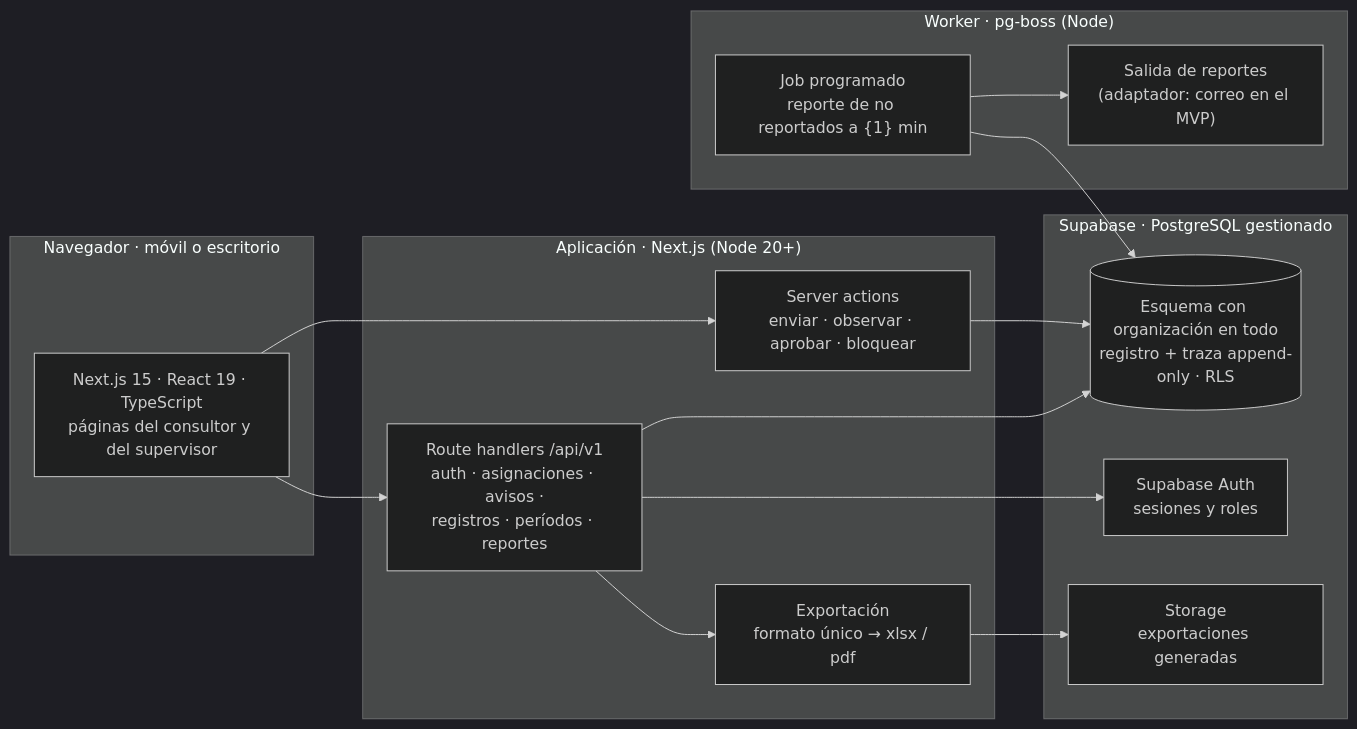
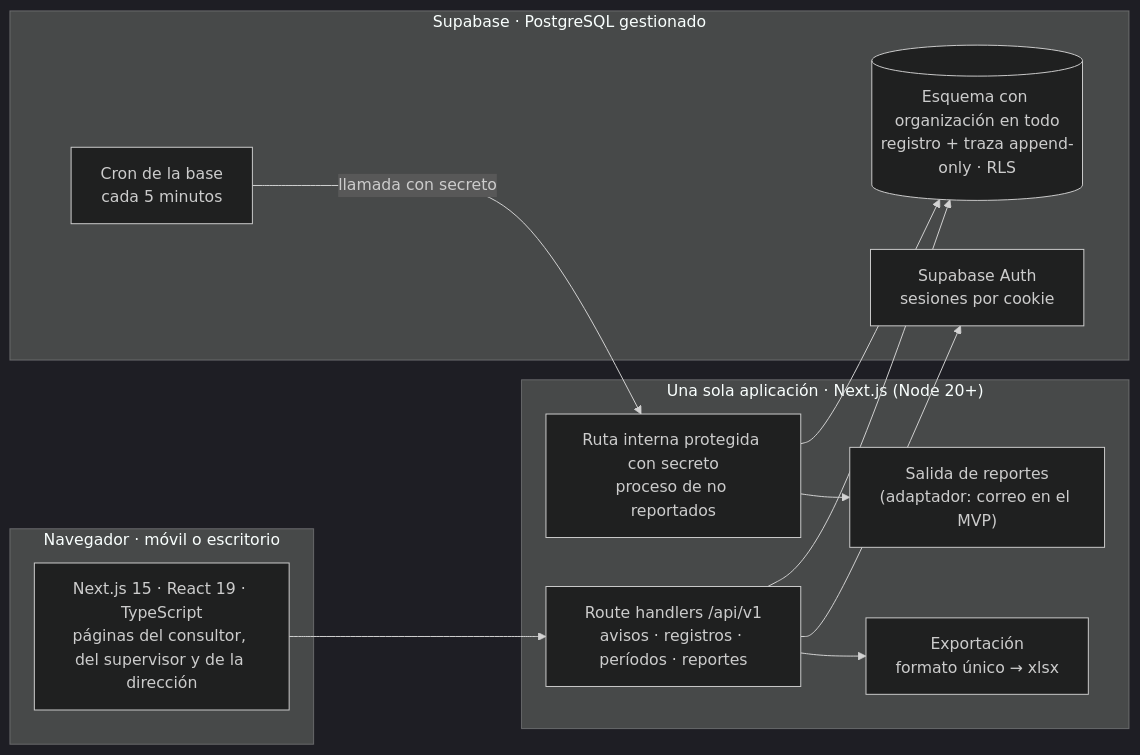
Before and after one commit to LIDR-academy-temp/AI4Devs-finalproject: the first of 3 diagrams in readme.md, drawn with Mermaid (dark theme). The commit also changed other lines of this file, not shown here.

````diff
--- a/readme.md
+++ b/readme.md
@@ -121,33 +140,27 @@
 ```mermaid
 flowchart LR
   subgraph Cliente["Navegador · móvil o escritorio"]
-    UI["Next.js 15 · React 19 · TypeScript<br/>páginas del consultor y del supervisor"]
+    UI["Next.js 15 · React 19 · TypeScript<br/>páginas del consultor, del supervisor y de la dirección"]
   end
 
-  subgraph App["Aplicación · Next.js (Node 20+)"]
-    API["Route handlers /api/v1<br/>auth · asignaciones · avisos ·<br/>registros · períodos · reportes"]
-    SA["Server actions<br/>enviar · observar · aprobar · bloquear"]
-    EXPORT["Exportación<br/>formato único → xlsx / pdf"]
-  end
-
-  subgraph Worker["Worker · pg-boss (Node)"]
-    JOBS["Job programado<br/>reporte de no reportados a {1} min"]
+  subgraph App["Una sola aplicación · Next.js (Node 20+)"]
+    API["Route handlers /api/v1<br/>avisos · registros · períodos · reportes"]
+    INT["Ruta interna protegida con secreto<br/>proceso de no reportados"]
     NOTIF["Salida de reportes<br/>(adaptador: correo en el MVP)"]
+    EXPORT["Exportación<br/>formato único → xlsx"]
   end
 
   subgraph Supabase["Supabase · PostgreSQL gestionado"]
     DB[("Esquema con organización en todo<br/>registro + traza append-only · RLS")]
-    AUTH["Supabase Auth<br/>sesiones y roles"]
-    STORE["Storage<br/>exportaciones generadas"]
+    AUTH["Supabase Auth<br/>sesiones por cookie"]
+    CRON["Cron de la base<br/>cada 5 minutos"]
   end
 
   UI --> API
-  UI --> SA
   API --> DB
-  SA --> DB
   API --> AUTH
-  JOBS --> DB
-  JOBS --> NOTIF
-  EXPORT --> STORE
   API --> EXPORT
+  CRON -- "llamada con secreto" --> INT
+  INT --> DB
+  INT --> NOTIF
 ```
````
